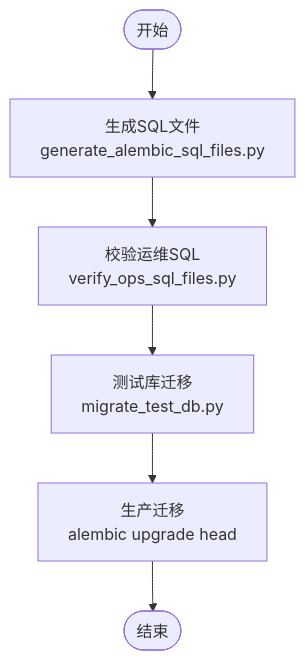
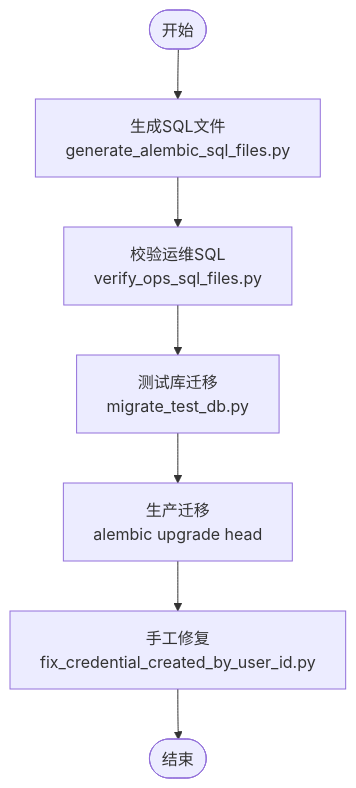
One commit to tianyehedashu/ai-agent changed the third of 4 diagrams in .qoder/repowiki/zh/content/数据库设计/迁移管理.md. Above: the diagram before and after it, drawn with Mermaid. The commit also changed other lines of this file and 50 other files, not shown here.

````diff
--- a/.qoder/repowiki/zh/content/数据库设计/迁移管理.md
+++ b/.qoder/repowiki/zh/content/数据库设计/迁移管理.md
@@ -297,8 +350,9 @@
 ```mermaid
 flowchart TD
 Start(["开始"]) --> Gen["生成SQL文件<br/>generate_alembic_sql_files.py"]
 Gen --> Verify["校验运维SQL<br/>verify_ops_sql_files.py"]
 Verify --> TestMig["测试库迁移<br/>migrate_test_db.py"]
 TestMig --> ProdMig["生产迁移<br/>alembic upgrade head"]
-ProdMig --> End(["结束"])
+ProdMig --> ManualFix["手工修复<br/>fix_credential_created_by_user_id.py"]
+ManualFix --> End(["结束"])
 ```
````
